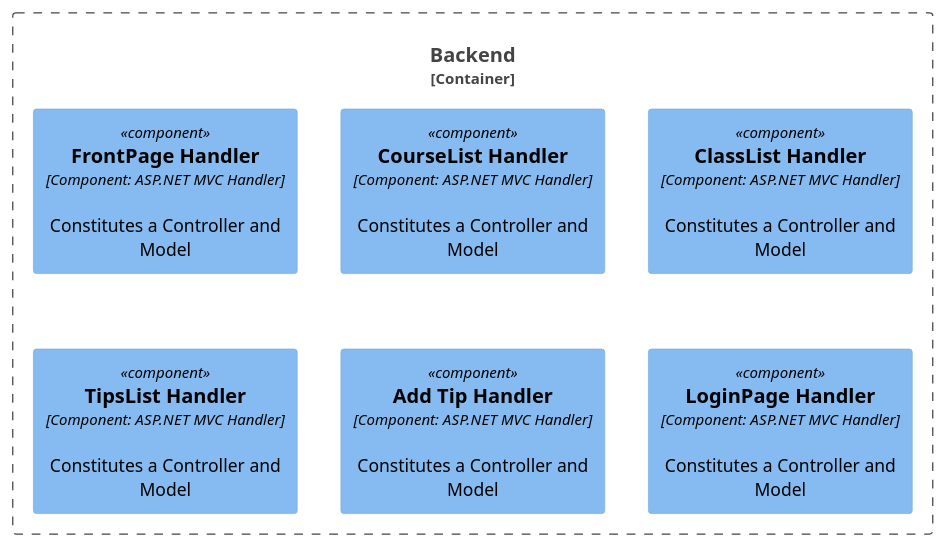
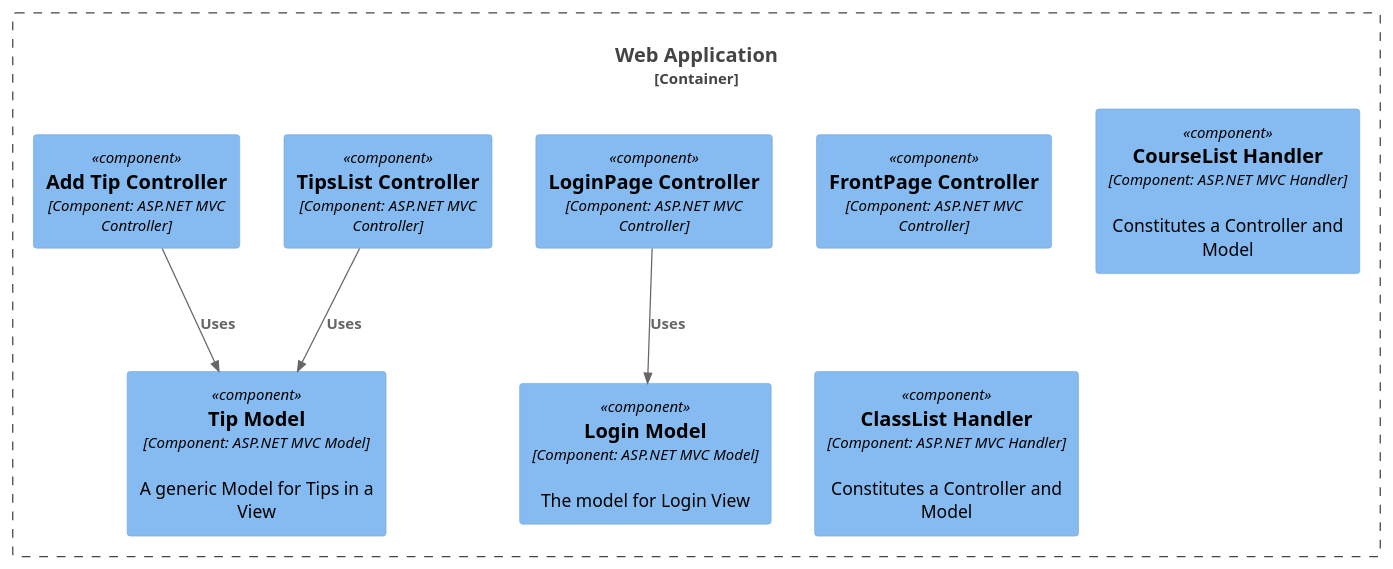
The diagram in L3Backend.puml (I4PRJ4/I4PRJ4-plantuml), drawn with PlantUML before and after one commit. The commit also changed 3 other files, not shown here.

Commit message:
Updated Architecture

```diff
--- a/L3Backend.puml
+++ b/L3Backend.puml
@@ -1,23 +1,31 @@
 @startuml
 !include <C4/C4_Container>
 !include <C4/C4_Component>
 
 'Person(User, "Studerende")
 'Person(Moderator, "Moderator")
 
-Container_Boundary(Backend,"Backend",""){
+Container_Boundary(webapp,"Web Application",""){
     
-    Component(Handlers1, "FrontPage Handler", "Component: ASP.NET MVC Handler","Constitutes a Controller and Model")
+    Component(FrontPageController, "FrontPage Controller", "Component: ASP.NET MVC Controller")
+    Component(LoginController, "LoginPage Controller", "Component: ASP.NET MVC Controller")
+    Component(TipListController, "TipsList Controller", "Component: ASP.NET MVC Controller")
+    Component(AddTipController, "Add Tip Controller", "Component: ASP.NET MVC Controller")
     Component(Handlers2, "CourseList Handler", "Component: ASP.NET MVC Handler","Constitutes a Controller and Model")
     Component(Handlers3, "ClassList Handler", "Component: ASP.NET MVC Handler","Constitutes a Controller and Model")
-    Component(Handlers4, "TipsList Handler", "Component: ASP.NET MVC Handler","Constitutes a Controller and Model")
-    Component(Handlers5, "Add Tip Handler", "Component: ASP.NET MVC Handler","Constitutes a Controller and Model")
-    Component(Handlers6, "LoginPage Handler", "Component: ASP.NET MVC Handler","Constitutes a Controller and Model")
     
+    Component(LoginModel,"Login Model","Component: ASP.NET MVC Model","The model for Login View")
+    Component(TipModel,"Tip Model", "Component: ASP.NET MVC Model","A generic Model for Tips in a View")
 } 
 'Container(Backend, "Backend","Container: MS SQL Server","Stores Tips and User information")
 
 'Rel(User, webapp, "Access")
 'Rel(Moderator, webapp, "Access")
 'Rel(webapp, Backend,"Reads from and writes to")
+
+
+
+Rel(LoginController,LoginModel,"Uses")
+Rel(TipListController,TipModel,"Uses")
+Rel(AddTipController,TipModel,"Uses")
 @enduml
```
